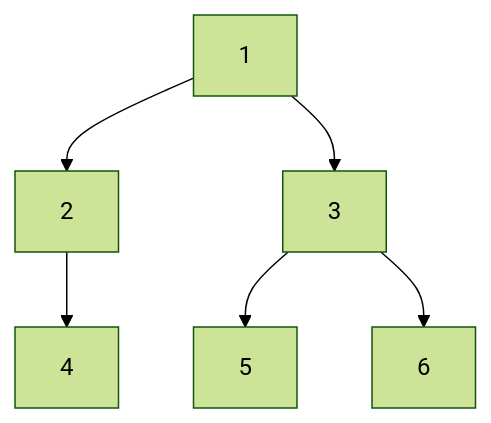
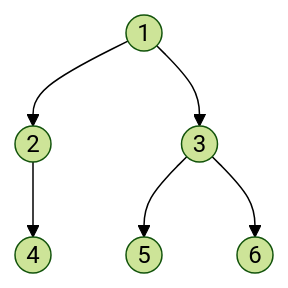
The fifth of 11 diagrams in cst/6binnode/Ex6a3binnode.md (3strategy/BeautifulMivney), drawn with Mermaid (forest theme) before and after one commit. The commit also changed other lines of this file and 3 other files, not shown here.

````diff
--- a/cst/6binnode/Ex6a3binnode.md
+++ b/cst/6binnode/Ex6a3binnode.md
@@ -129,8 +129,8 @@
     ```mermaid
     flowchart TB
-      A[1] --> B[2]
-      A --> C[3]
-      B --> D[4]:::leaf
-      C --> E[5]:::leaf
-      C --> F[6]:::leaf
+      A((1)) --> B((2))
+      A --> C((3))
+      B --> D((4)):::leaf
+      C --> E((5)):::leaf
+      C --> F((6)):::leaf
     ```
````
